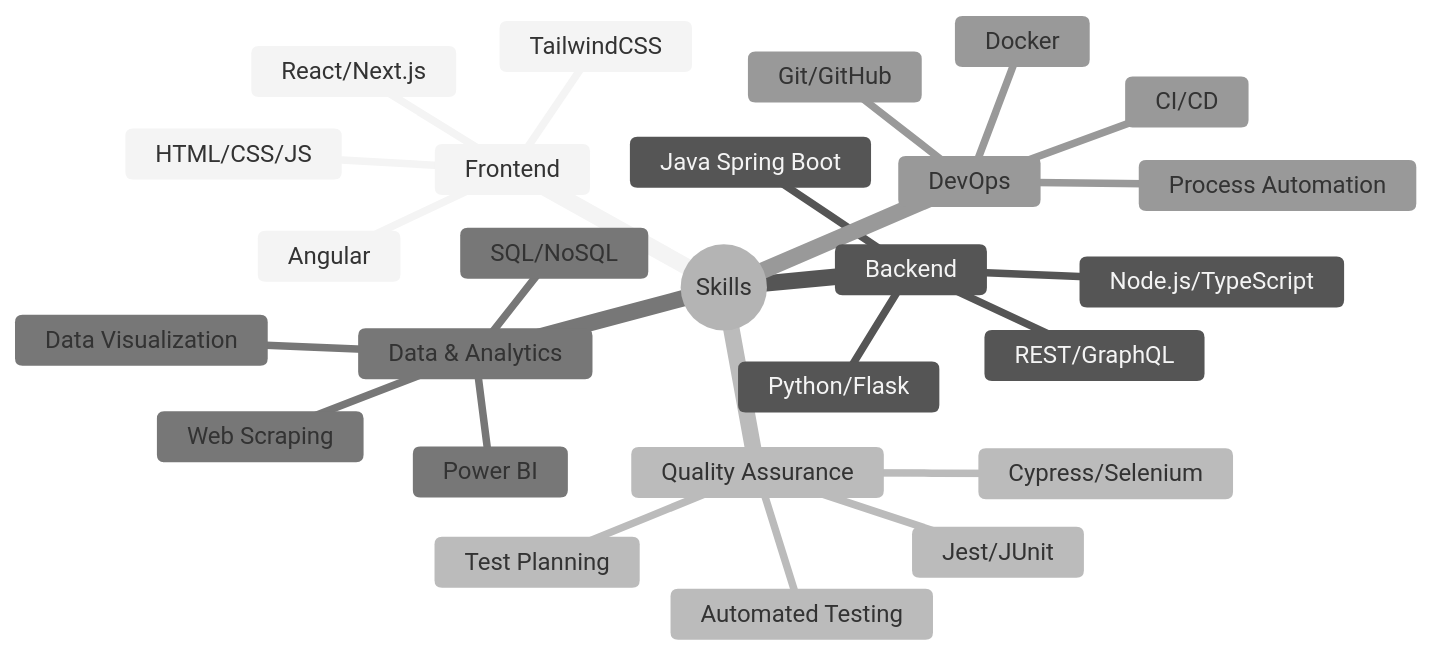
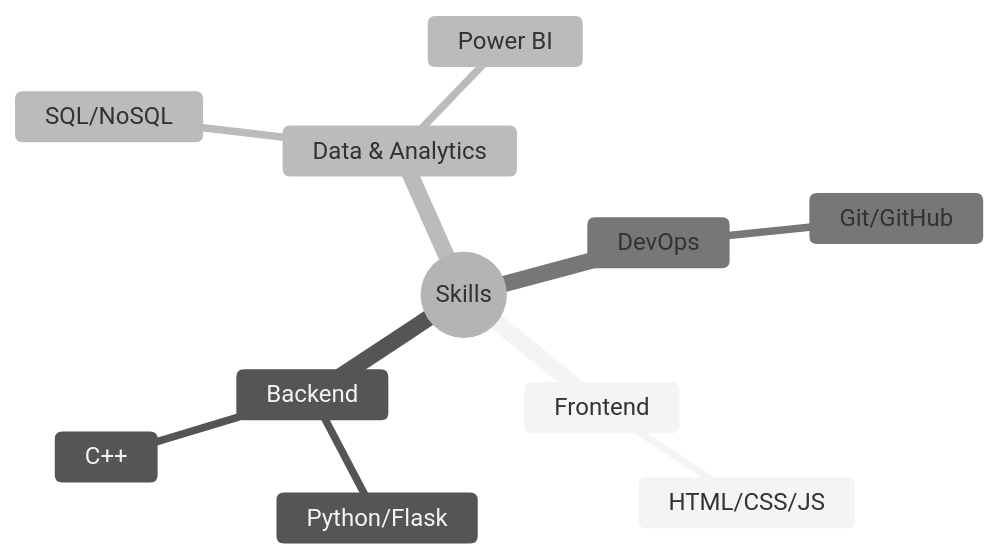
One commit to Evil-Allan/Profile changed the diagram in README.md. Above: the diagram before and after it, drawn with Mermaid (neutral theme). The commit also changed other lines of this file, not shown here.

````diff
--- a/README.md
+++ b/README.md
@@ -126,29 +93,15 @@
 ```mermaid
 mindmap
   root((Skills))
     Frontend
-      React/Next.js
-      Angular
       HTML/CSS/JS
-      TailwindCSS
     Backend
-      Node.js/TypeScript
-      Java Spring Boot
       Python/Flask
-      REST/GraphQL
-    Quality Assurance
-      Jest/JUnit
-      Cypress/Selenium
-      Automated Testing
-      Test Planning
+      C++
     Data & Analytics
       SQL/NoSQL
       Power BI
-      Web Scraping
-      Data Visualization
     DevOps
-      Docker
-      CI/CD
       Git/GitHub
-      Process Automation
+
 ```
````
